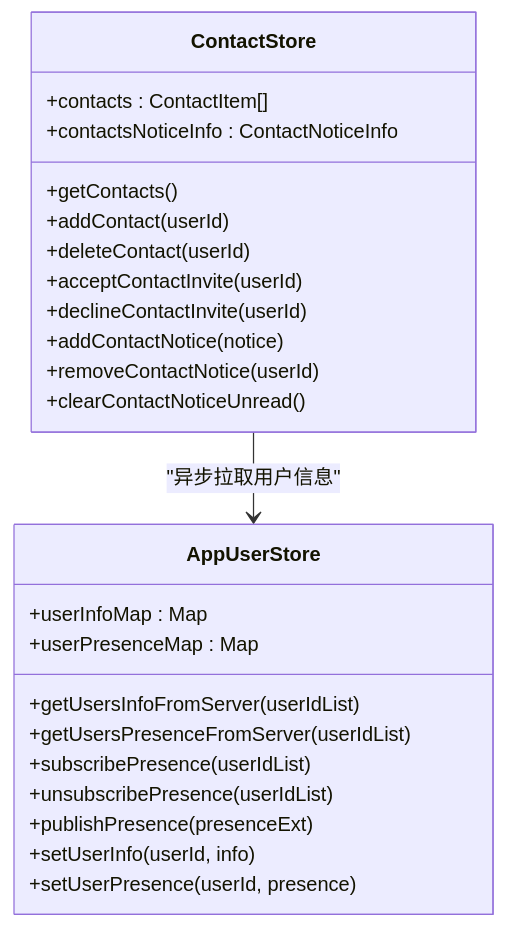
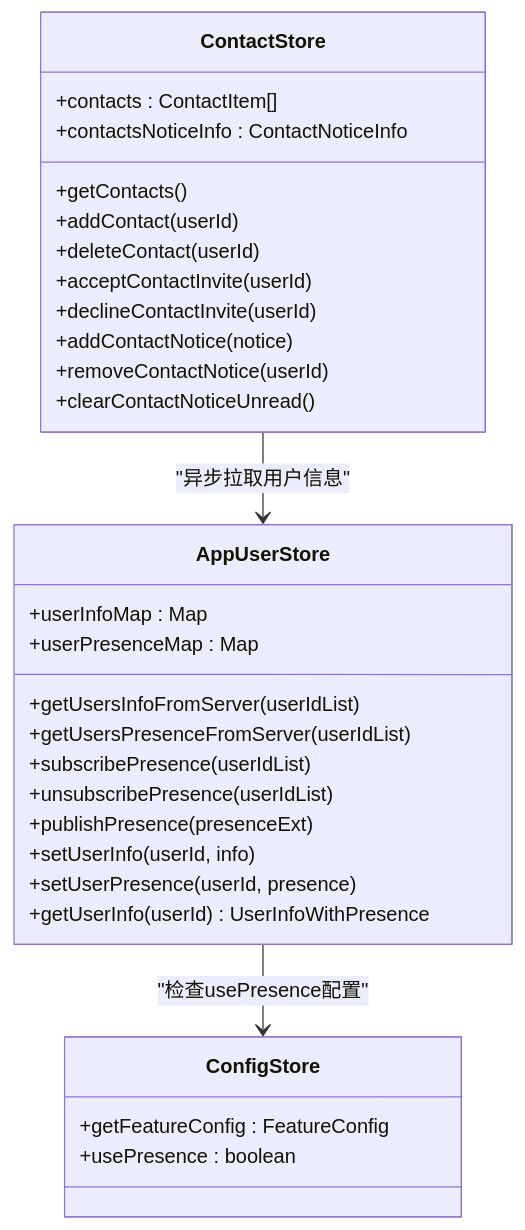
One commit to Easemob-Community/easemob-uikit-uniapp-community changed the sixth of 7 diagrams in .qoder/repowiki/zh/content/联系人模块/联系人列表.md. Above: the diagram before and after it, drawn with Mermaid. The commit also changed other lines of this file and 5 other files, not shown here.

````diff
--- a/.qoder/repowiki/zh/content/联系人模块/联系人列表.md
+++ b/.qoder/repowiki/zh/content/联系人模块/联系人列表.md
@@ -261,27 +273,33 @@
 ```mermaid
 classDiagram
 class ContactStore {
 +contacts : ContactItem[]
 +contactsNoticeInfo : ContactNoticeInfo
 +getContacts()
 +addContact(userId)
 +deleteContact(userId)
 +acceptContactInvite(userId)
 +declineContactInvite(userId)
 +addContactNotice(notice)
 +removeContactNotice(userId)
 +clearContactNoticeUnread()
 }
 class AppUserStore {
 +userInfoMap : Map
 +userPresenceMap : Map
 +getUsersInfoFromServer(userIdList)
 +getUsersPresenceFromServer(userIdList)
 +subscribePresence(userIdList)
 +unsubscribePresence(userIdList)
 +publishPresence(presenceExt)
 +setUserInfo(userId, info)
 +setUserPresence(userId, presence)
++getUserInfo(userId) UserInfoWithPresence
+}
+class ConfigStore {
++getFeatureConfig : FeatureConfig
++usePresence : boolean
 }
 ContactStore --> AppUserStore : "异步拉取用户信息"
+AppUserStore --> ConfigStore : "检查usePresence配置"
 ```
````
